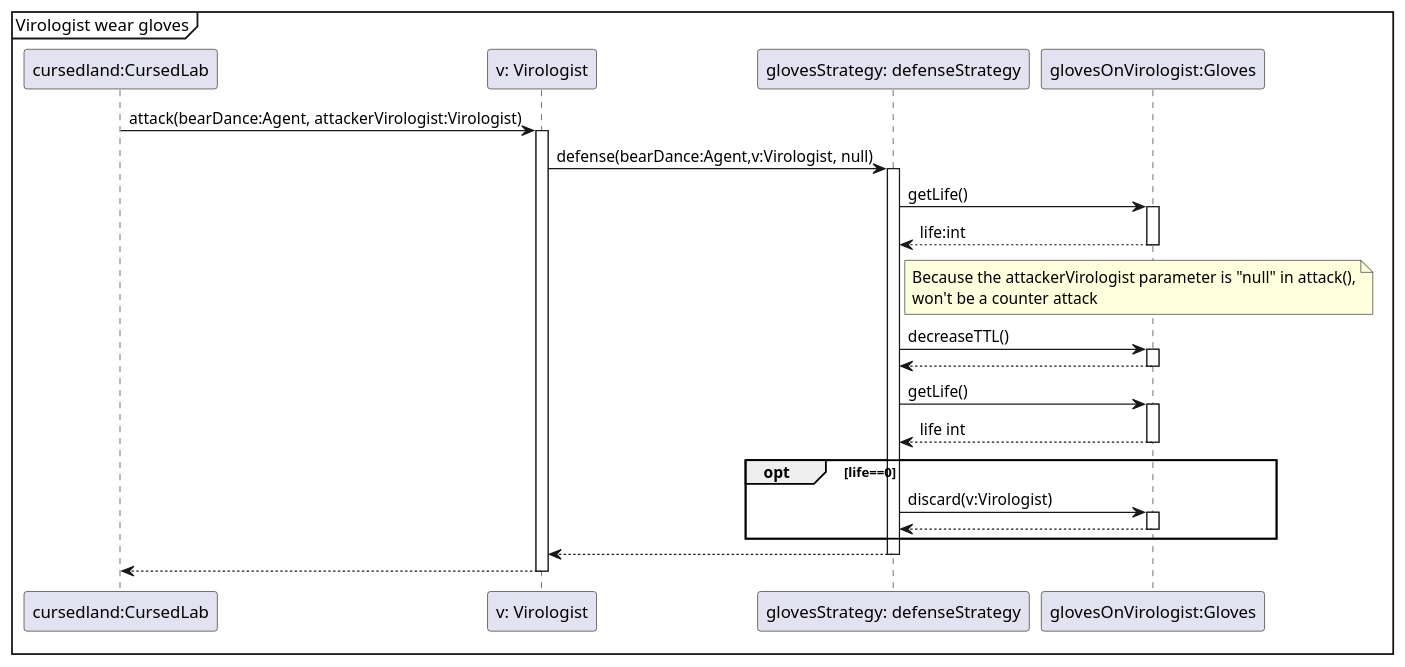
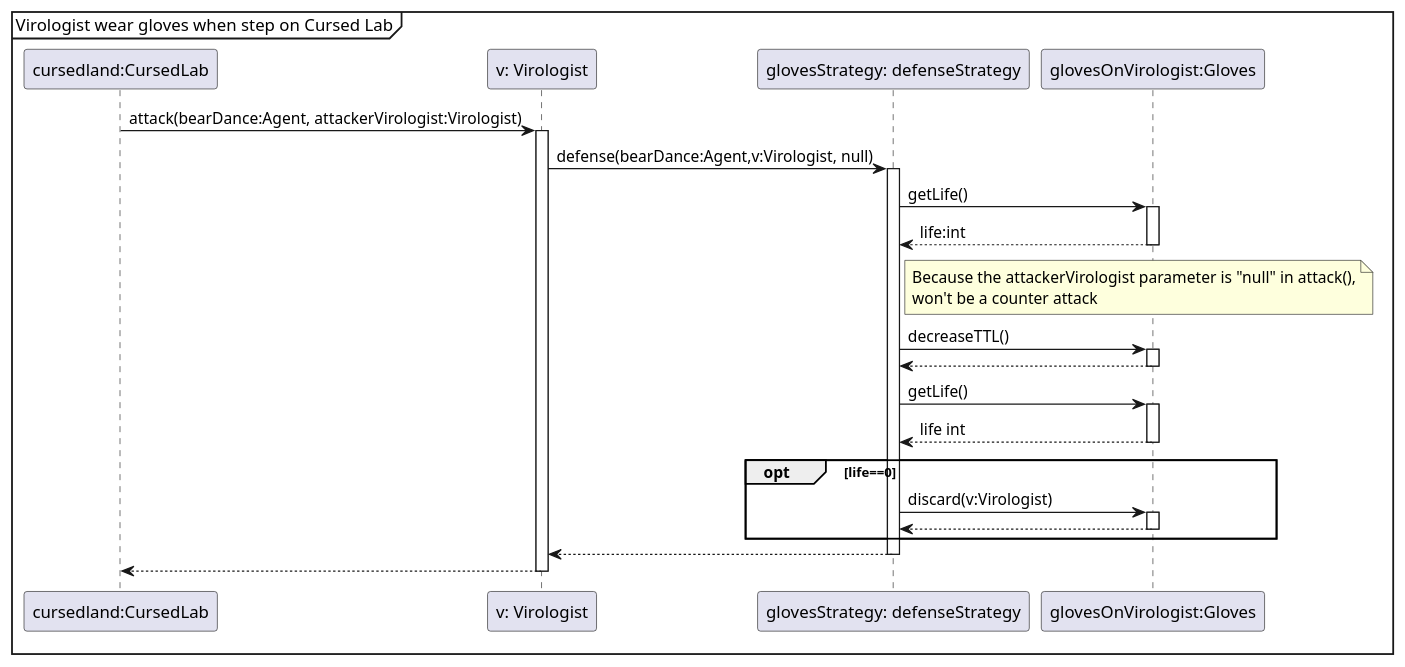
One commit to Projlab-csb/projlab-virologus changed the diagram in Modification_1/mod_1-seq-diagrams/DefenseInGlovesAgainstCursedLab.puml. Above: the diagram before and after it, drawn with PlantUML. The commit also changed 4 other files, not shown here.

```diff
--- a/Modification_1/mod_1-seq-diagrams/DefenseInGlovesAgainstCursedLab.puml
+++ b/Modification_1/mod_1-seq-diagrams/DefenseInGlovesAgainstCursedLab.puml
@@ -1,32 +1,32 @@
 @startuml
 'https://plantuml.com/sequence-diagram
-mainframe Virologist wear gloves
+mainframe Virologist wear gloves when step on Cursed Lab
 
 
 participant "cursedland:CursedLab" as CursedLab
 participant "v: Virologist" as Virologist
 participant "glovesStrategy: defenseStrategy" as defenseStrategy
 participant "glovesOnVirologist:Gloves" as Gloves
 
 CursedLab->Virologist++:attack(bearDance:Agent, attackerVirologist:Virologist)
 Virologist->defenseStrategy++:defense(bearDance:Agent,v:Virologist, null)
 defenseStrategy->Gloves++:getLife()
 Gloves-->defenseStrategy--:life:int
 
 note right of defenseStrategy
 Because the attackerVirologist parameter is "null" in attack(),
 won't be a counter attack
 end note
 
 defenseStrategy->Gloves++:decreaseTTL()
 Gloves-->defenseStrategy--
 defenseStrategy->Gloves++:getLife()
 Gloves-->defenseStrategy--:life int
 opt life==0
 defenseStrategy->Gloves++:discard(v:Virologist)
 Gloves-->defenseStrategy--
 end opt
 defenseStrategy-->Virologist--
 Virologist-->CursedLab--
 
 @enduml
```
